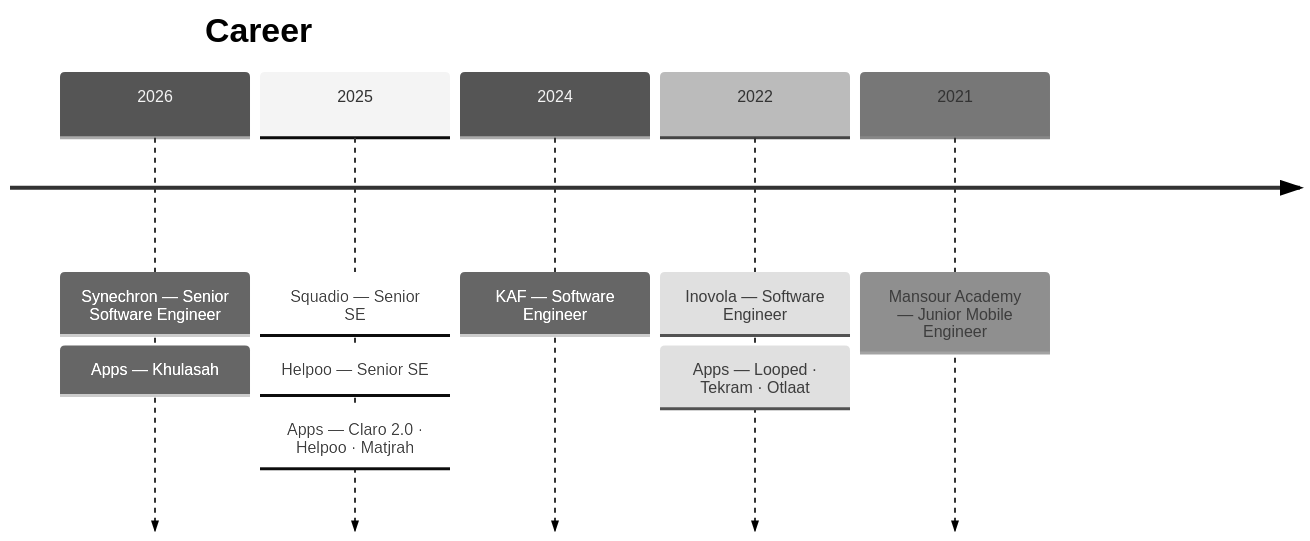
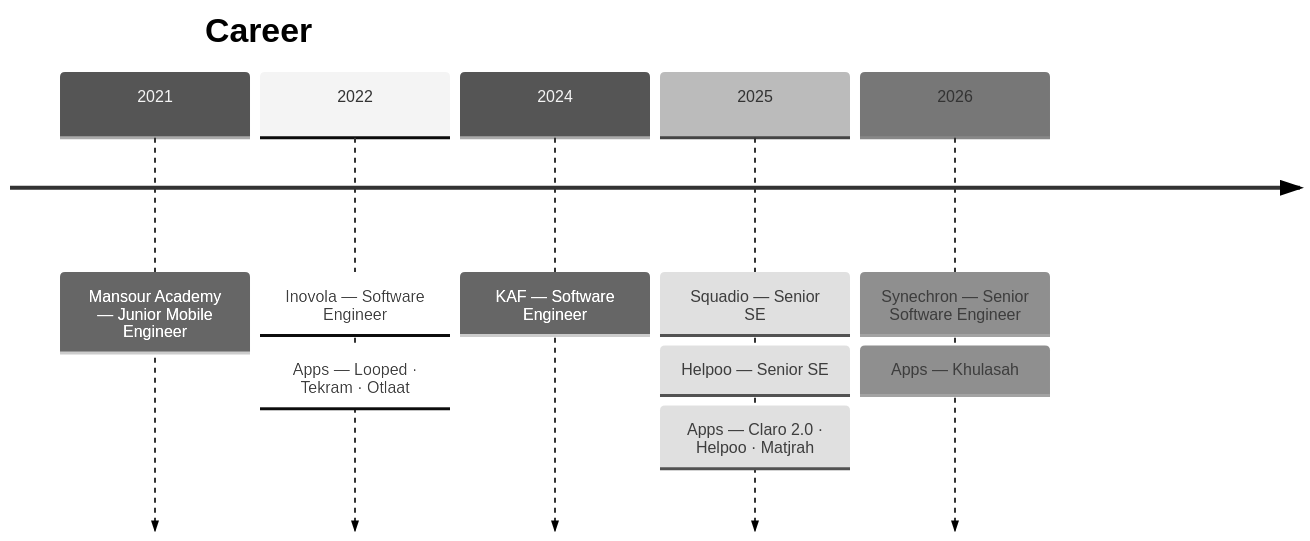
One commit to ehaborae/ehaborae changed the diagram in README.md. Above: the diagram before and after it, drawn with Mermaid (neutral theme). The commit also changed other lines of this file, not shown here.

Commit message:
style: restore Experience timeline to oldest-first order

````diff
--- a/README.md
+++ b/README.md
@@ -81,9 +81,9 @@
 ```mermaid
 timeline
     title Career
+    2021 : Mansour Academy — Junior Mobile Engineer
+    2022 : Inovola — Software Engineer : Apps — Looped · Tekram · Otlaat
+    2024 : KAF — Software Engineer
+    2025 : Squadio — Senior SE : Helpoo — Senior SE : Apps — Claro 2.0 · Helpoo · Matjrah
     2026 : Synechron — Senior Software Engineer : Apps — Khulasah
-    2025 : Squadio — Senior SE : Helpoo — Senior SE : Apps — Claro 2.0 · Helpoo · Matjrah
-    2024 : KAF — Software Engineer
-    2022 : Inovola — Software Engineer : Apps — Looped · Tekram · Otlaat
-    2021 : Mansour Academy — Junior Mobile Engineer
 ```
````
